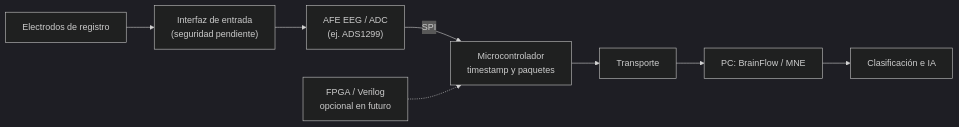
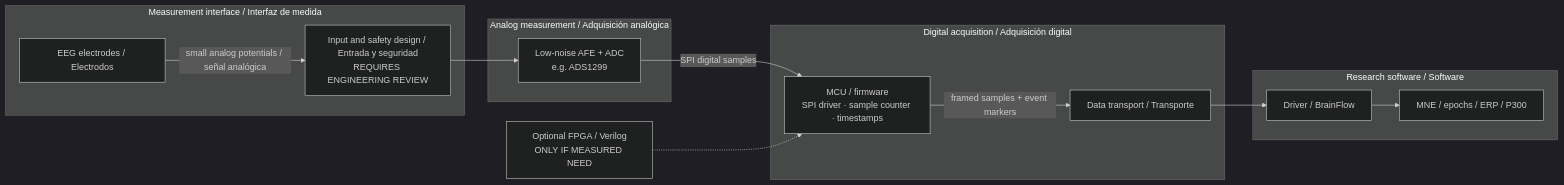
Before and after one commit to alvrichh/NeuroLink-AI: the diagram in diagrams/hardware-signal-chain.md, drawn with Mermaid (dark theme). The commit also changed other lines of this file and 8 other files, not shown here.

Commit message:
docs: replace decorative landing visuals with engineering diagrams and licensed EEG photo references

````diff
--- a/diagrams/hardware-signal-chain.md
+++ b/diagrams/hardware-signal-chain.md
@@ -3,10 +5,25 @@
 ```mermaid
 flowchart LR
-    A["Electrodos de registro"] --> B["Interfaz de entrada<br/>(seguridad pendiente)"]
-    B --> C["AFE EEG / ADC<br/>(ej. ADS1299)"]
-    C -->|"SPI"| D["Microcontrolador<br/>timestamp y paquetes"]
-    D --> E["Transporte"]
-    E --> F["PC: BrainFlow / MNE"]
-    F --> G["Clasificación e IA"]
-    H["FPGA / Verilog<br/>opcional en futuro"] -.-> D
+  subgraph CONTACT["Measurement interface / Interfaz de medida"]
+    E["EEG electrodes / Electrodos"]
+    B["Input and safety design / Entrada y seguridad<br/>REQUIRES ENGINEERING REVIEW"]
+  end
+  subgraph ANALOG["Analog measurement / Adquisición analógica"]
+    AFE["Low-noise AFE + ADC<br/>e.g. ADS1299"]
+  end
+  subgraph DIGITAL["Digital acquisition / Adquisición digital"]
+    MCU["MCU / firmware<br/>SPI driver · sample counter · timestamps"]
+    COM["Data transport / Transporte"]
+  end
+  subgraph HOST["Research software / Software"]
+    DRV["Driver / BrainFlow"]
+    PROC["MNE / epochs / ERP / P300"]
+  end
+  E -->|"small analog potentials / señal analógica"| B
+  B --> AFE
+  AFE -->|"SPI digital samples"| MCU
+  MCU -->|"framed samples + event markers"| COM
+  COM --> DRV
+  DRV --> PROC
+  FPGA["Optional FPGA / Verilog<br/>ONLY IF MEASURED NEED"] -.-> MCU
 ```
````
